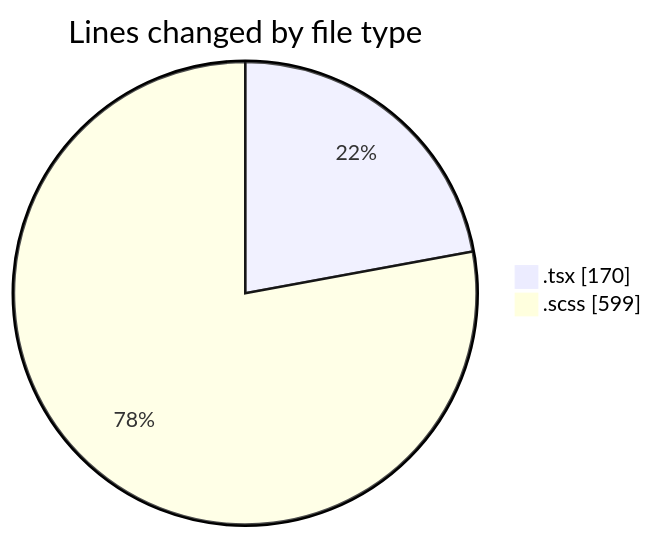
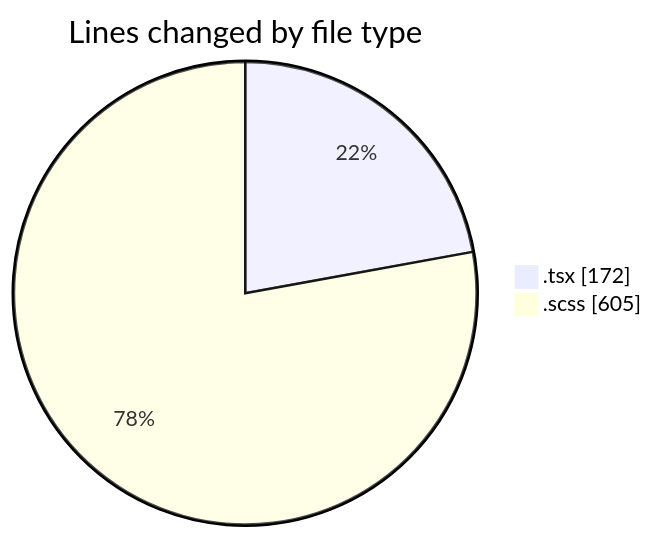
Before and after one commit to momahboobian/code-tracking: the first of 2 diagrams in 2025-03-27/cda/README.md, drawn with Mermaid. The commit also changed other lines of this file and 1 other file, not shown here.

````diff
--- a/2025-03-27/cda/README.md
+++ b/2025-03-27/cda/README.md
@@ -21,6 +21,6 @@
 ```mermaid
 pie showData
 title Lines changed by file type
-".tsx" : 170
-".scss" : 599
+".tsx" : 172
+".scss" : 605
 ```
````
